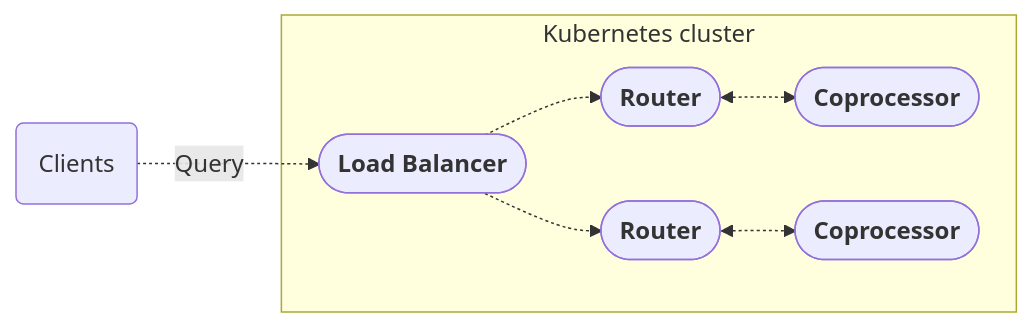
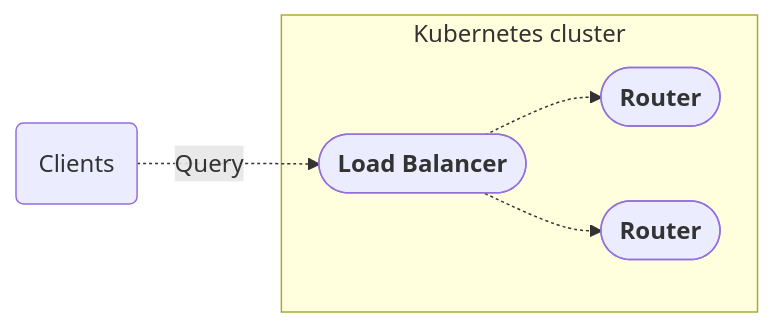
Before and after one commit to apollographql/router: the diagram in docs/source/routing/self-hosted/containerization/kubernetes/quickstart.mdx, drawn with Mermaid. The commit also changed other lines of this file and 1 other file, not shown here.

````diff
--- a/docs/source/routing/self-hosted/containerization/kubernetes/quickstart.mdx
+++ b/docs/source/routing/self-hosted/containerization/kubernetes/quickstart.mdx
@@ -70,16 +70,12 @@
 ```mermaid
 flowchart LR;
   clients(Clients);
   subgraph "Kubernetes cluster";
   lb(["<b>Load Balancer</b>"])
   router_a(["<b>Router</b>"]);
-  coproc_a(["<b>Coprocessor</b>"]);
   router_b(["<b>Router</b>"]);
-  coproc_b(["<b>Coprocessor</b>"]);
-  router_a <-.-> coproc_a;
-  router_b <-.-> coproc_b;
   end;
   clients -.->|Query| lb;
   lb -.-> router_a & router_b;
   class clients secondary;
 ```
````
